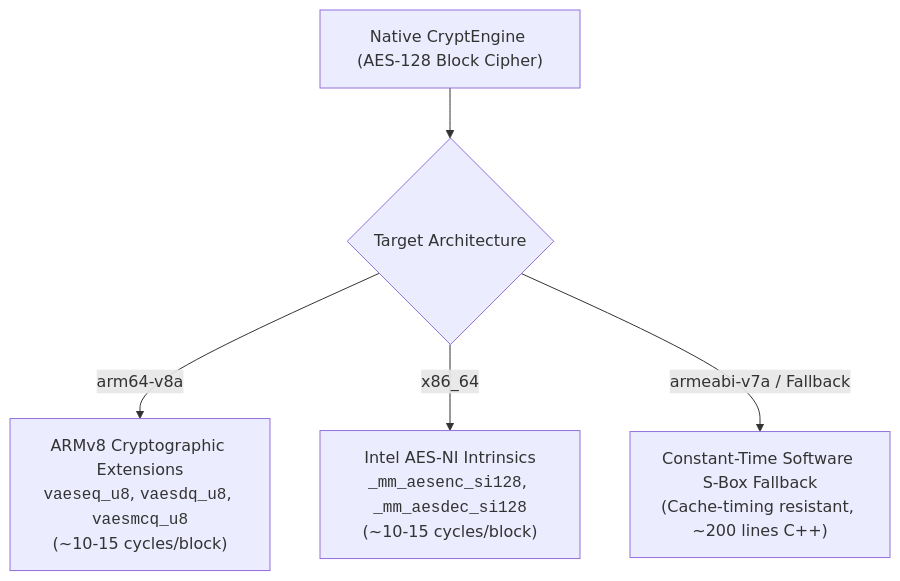
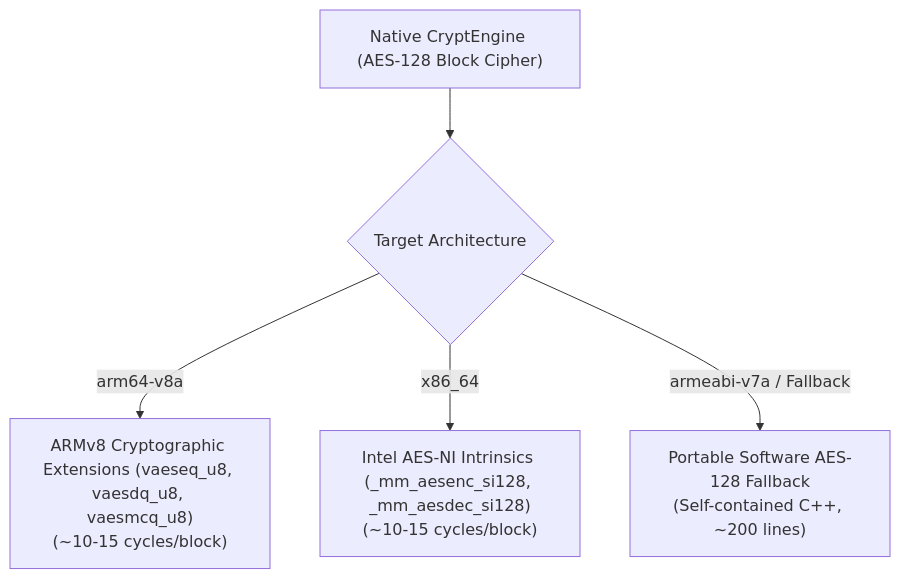
The first of 3 diagrams in docs/power-draw-optimizations/native-ocb2-crypto.md (360ied/mumla-oled), drawn with Mermaid before and after one commit. The commit also changed other lines of this file, not shown here.

First line of the commit message:
docs: correct native OCB2 crypto architecture doc

````diff
--- a/docs/power-draw-optimizations/native-ocb2-crypto.md
+++ b/docs/power-draw-optimizations/native-ocb2-crypto.md
@@ -99,10 +99,10 @@
 ```mermaid
 flowchart TD
     Engine["Native CryptEngine (AES-128 Block Cipher)"]
     
     Engine --> CheckArch{"Target Architecture"}
     
-    CheckArch -->|arm64-v8a| ARM64["ARMv8 Cryptographic Extensions<br/><code>vaeseq_u8</code>, <code>vaesdq_u8</code>, <code>vaesmcq_u8</code><br/>(~10-15 cycles/block)"]
-    CheckArch -->|x86_64| X86["Intel AES-NI Intrinsics<br/><code>_mm_aesenc_si128</code>, <code>_mm_aesdec_si128</code><br/>(~10-15 cycles/block)"]
-    CheckArch -->|armeabi-v7a / Fallback| Portable["Constant-Time Software S-Box Fallback<br/>(Cache-timing resistant, ~200 lines C++)"]
+    CheckArch -->|arm64-v8a| ARM64["ARMv8 Cryptographic Extensions (vaeseq_u8, vaesdq_u8, vaesmcq_u8)<br/>(~10-15 cycles/block)"]
+    CheckArch -->|x86_64| X86["Intel AES-NI Intrinsics (_mm_aesenc_si128, _mm_aesdec_si128)<br/>(~10-15 cycles/block)"]
+    CheckArch -->|armeabi-v7a / Fallback| Portable["Portable Software AES-128 Fallback<br/>(Self-contained C++, ~200 lines)"]
 ```
````
